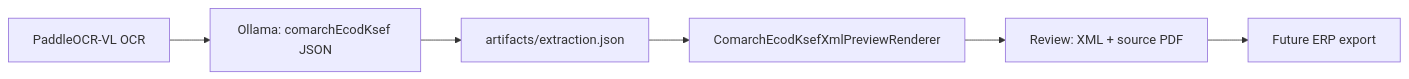
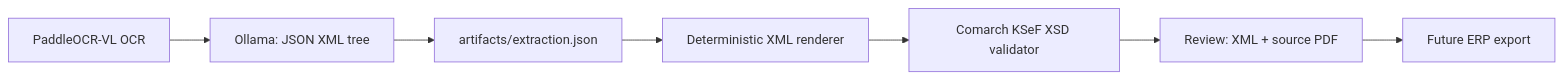
The second of 2 diagrams in docs/04-export-artifacts.md (jklebucki/AJKDocumentCapture), drawn with Mermaid before and after one commit. The commit also changed other lines of this file and 21 other files, not shown here.

Commit message:
feat: validate full Comarch XML mapping against XSD

````diff
--- a/docs/04-export-artifacts.md
+++ b/docs/04-export-artifacts.md
@@ -13,8 +13,9 @@
 ```mermaid
 flowchart LR
-  O["PaddleOCR-VL OCR"] --> L["Ollama: comarchEcodKsef JSON"]
+  O["PaddleOCR-VL OCR"] --> L["Ollama: JSON XML tree"]
   L --> A["artifacts/extraction.json"]
-  A --> P["ComarchEcodKsefXmlPreviewRenderer"]
-  P --> R["Review: XML + source PDF"]
+  A --> P["Deterministic XML renderer"]
+  P --> X["Comarch KSeF XSD validator"]
+  X --> R["Review: XML + source PDF"]
   R --> E["Future ERP export"]
 ```
````
